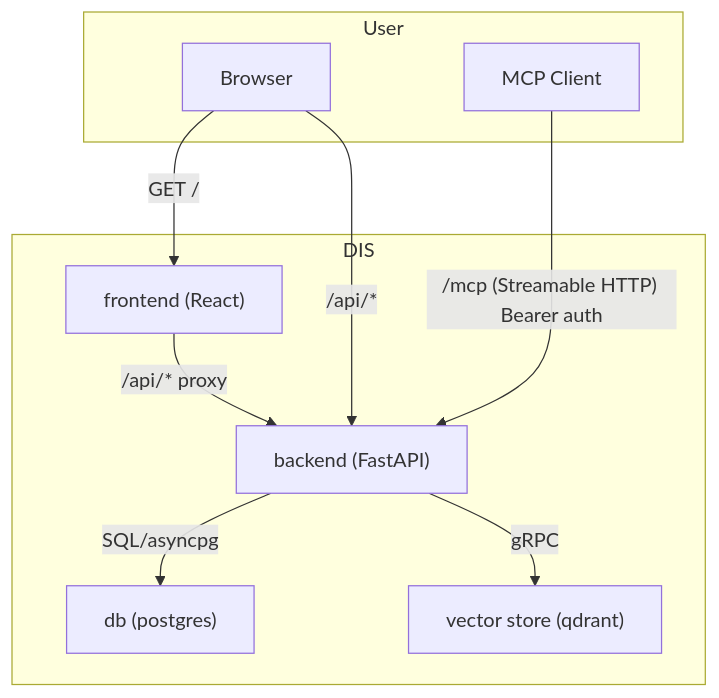
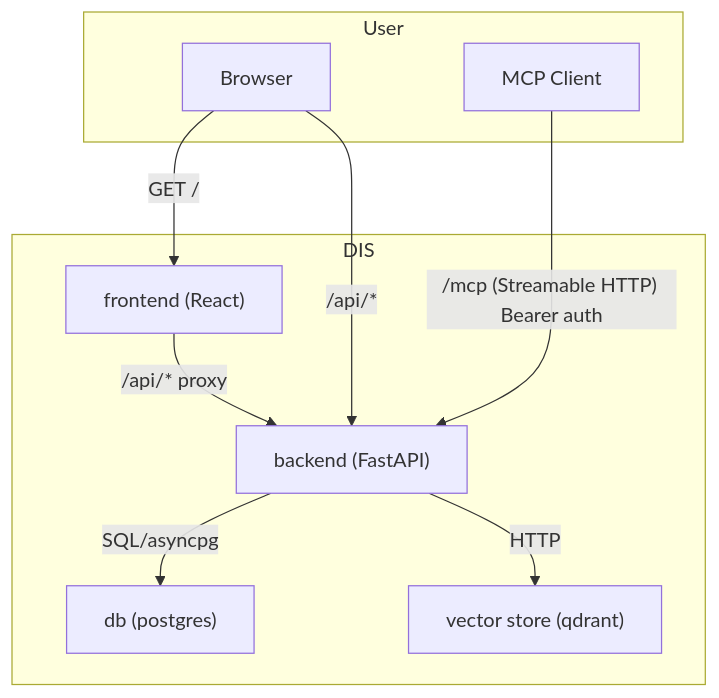
Before and after one commit to apiraccini/dis: the first of 2 diagrams in README.md, drawn with Mermaid. The commit also changed other lines of this file and 30 other files, not shown here.

````diff
--- a/README.md
+++ b/README.md
@@ -9,21 +9,21 @@
 ```mermaid
 flowchart TB
     subgraph User
         browser["Browser"]
         agent["MCP Client"]
     end
 
     subgraph DIS
         frontend["frontend (React)"]
         backend["backend (FastAPI)"]
         db["db (postgres)"]
         qdrant["vector store (qdrant)"]
     end
 
     browser -->|GET /| frontend
     browser -->|/api/*| backend
     agent -->|"/mcp (Streamable HTTP) Bearer auth"| backend
     frontend -->|/api/* proxy| backend
     backend -->|SQL/asyncpg| db
-    backend -->|gRPC| qdrant
+    backend -->|HTTP| qdrant
 ```
````
